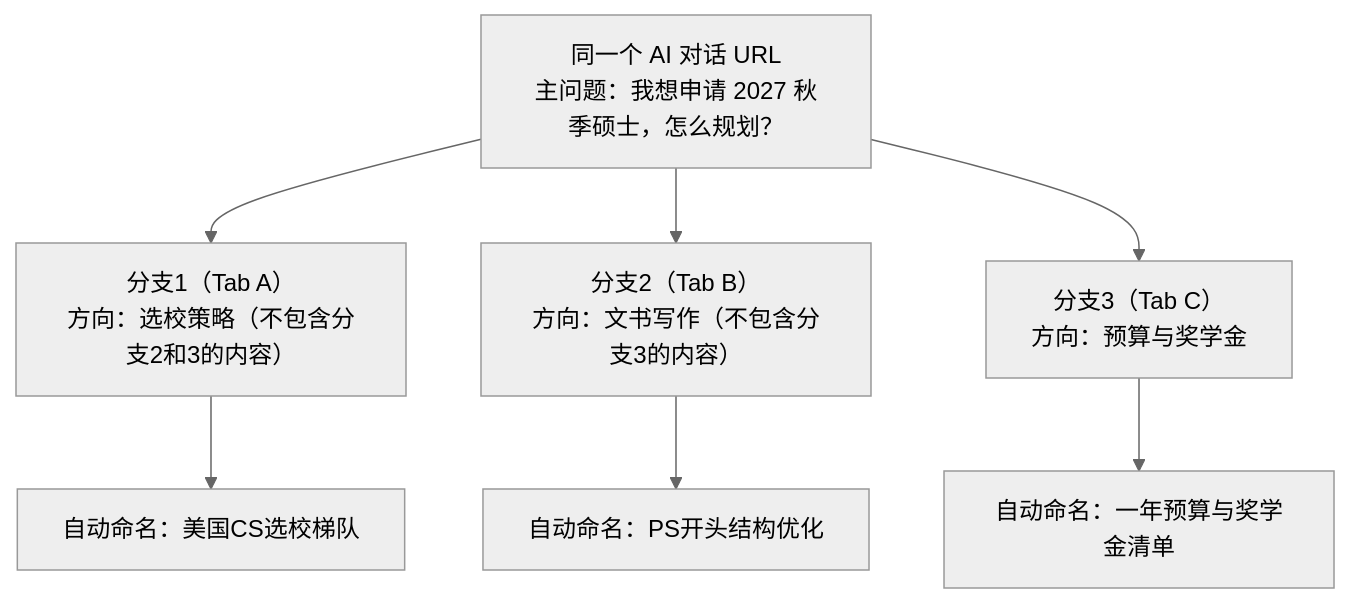
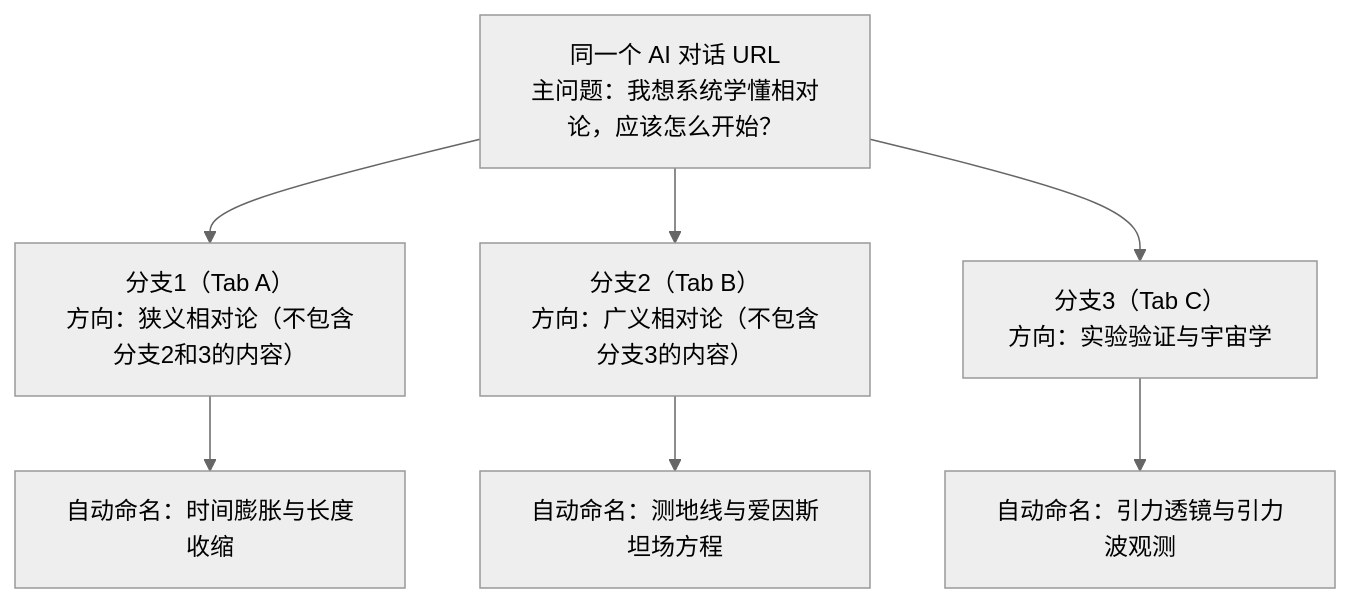
The diagram in README.md (czxconcise-png/AIChatBranch), drawn with Mermaid (neutral theme) before and after one commit. The commit also changed other lines of this file, not shown here.

Commit message:
docs: update mermaid example to relativity learning scenario

````diff
--- a/README.md
+++ b/README.md
@@ -32,11 +32,11 @@
 ```mermaid
 flowchart TD
-    A["同一个 AI 对话 URL<br/>主问题：我想申请 2027 秋季硕士，怎么规划？"]
-    A --> B["分支1（Tab A）<br/>方向：选校策略（不包含分支2和3的内容）"]
-    A --> C["分支2（Tab B）<br/>方向：文书写作（不包含分支3的内容）"]
-    A --> D["分支3（Tab C）<br/>方向：预算与奖学金"]
+    A["同一个 AI 对话 URL<br/>主问题：我想系统学懂相对论，应该怎么开始？"]
+    A --> B["分支1（Tab A）<br/>方向：狭义相对论（不包含分支2和3的内容）"]
+    A --> C["分支2（Tab B）<br/>方向：广义相对论（不包含分支3的内容）"]
+    A --> D["分支3（Tab C）<br/>方向：实验验证与宇宙学"]
 
-    B --> B1["自动命名：美国CS选校梯队"]
-    C --> C1["自动命名：PS开头结构优化"]
-    D --> D1["自动命名：一年预算与奖学金清单"]
+    B --> B1["自动命名：时间膨胀与长度收缩"]
+    C --> C1["自动命名：测地线与爱因斯坦场方程"]
+    D --> D1["自动命名：引力透镜与引力波观测"]
 ```
````
